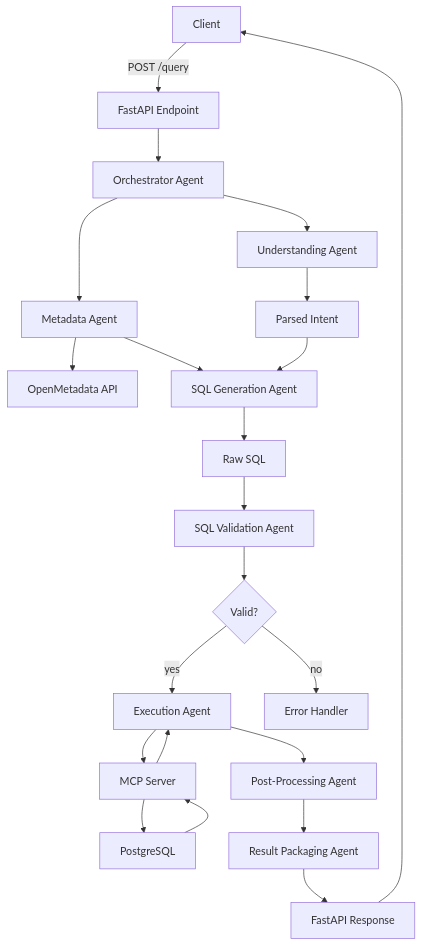
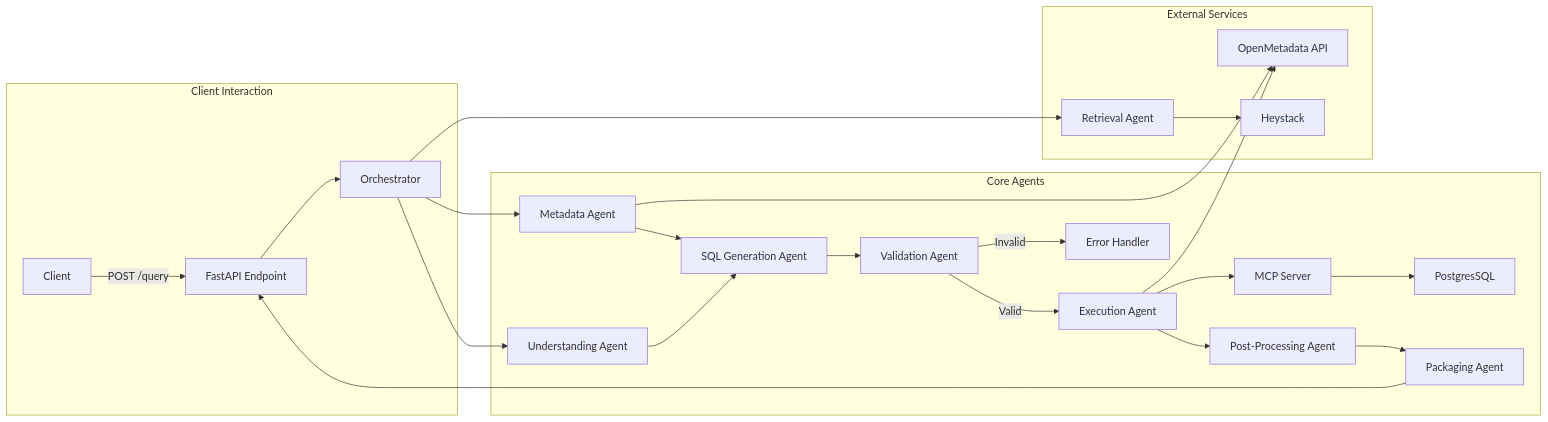
Before and after one commit to shobhitpharmeasy/sql-copilot: the diagram in docs/architecture.md, drawn with Mermaid. The commit also changed other lines of this file and 1 other file, not shown here.

Commit message:
Add centralized TODOs for future enhancements and architecture overview in documentation

````diff
--- a/docs/architecture.md
+++ b/docs/architecture.md
@@ -31,23 +58,27 @@
 ```mermaid
-flowchart TD
-  A[Client] -->|POST /query| B[FastAPI Endpoint]
-  B --> C[Orchestrator Agent]
-  C --> D[Metadata Agent]
-  C --> E[Understanding Agent]
-  D --> F[OpenMetadata API]
-  E --> G[Parsed Intent]
-  D & G --> H[SQL Generation Agent]
-  H --> I[Raw SQL]
-  I --> J[SQL Validation Agent]
-  J --> K{Valid?}
-  K -- yes --> L[Execution Agent]
-  K -- no --> M[Error Handler]
-  L --> N[MCP Server]
-  N --> O[PostgreSQL]
-  O --> N
-  N --> L
-  L --> P[Post-Processing Agent]
-  P --> Q[Result Packaging Agent]
-  Q --> R[FastAPI Response]
-  R --> A
+flowchart LR
+  subgraph Client Interaction
+    A[Client] -->|POST /query| B[FastAPI Endpoint]
+    B --> C[Orchestrator]
+  end
+
+  subgraph Core Agents
+    C --> D[Metadata Agent]
+    C --> E[Understanding Agent]
+    D & E --> F[SQL Generation Agent]
+    F --> G[Validation Agent]
+    G -->|Valid| H[Execution Agent]
+    G -->|Invalid| I[Error Handler]
+    H --> J[MCP Server]
+    J --> K[PostgresSQL]
+    H --> L[Post-Processing Agent]
+    L --> M[Packaging Agent]
+    M --> B
+  end
+
+  subgraph External Services
+    D --> N[OpenMetadata API]
+    H --> N
+    C --> O[Retrieval Agent] --> P[Heystack]
+  end
 ```
````
